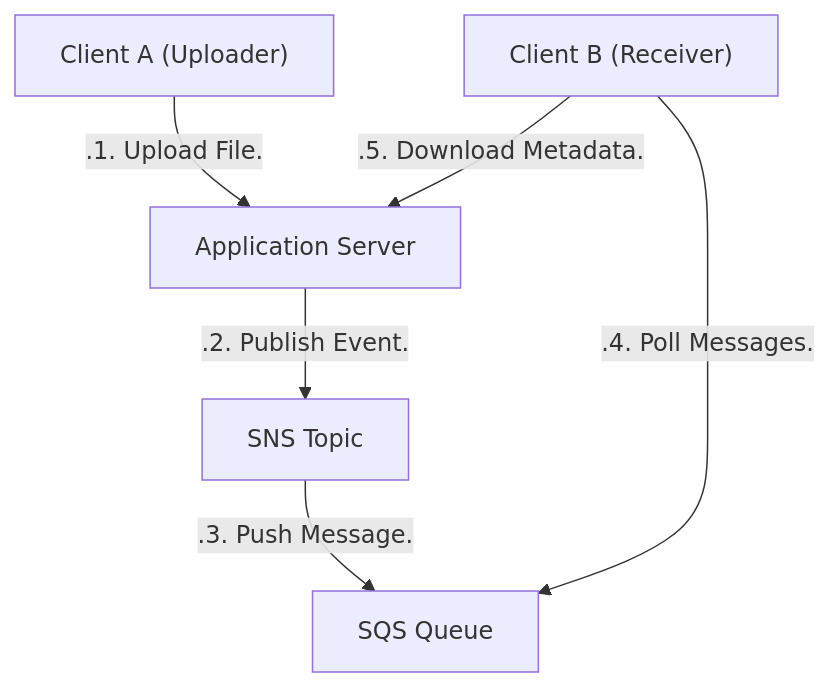
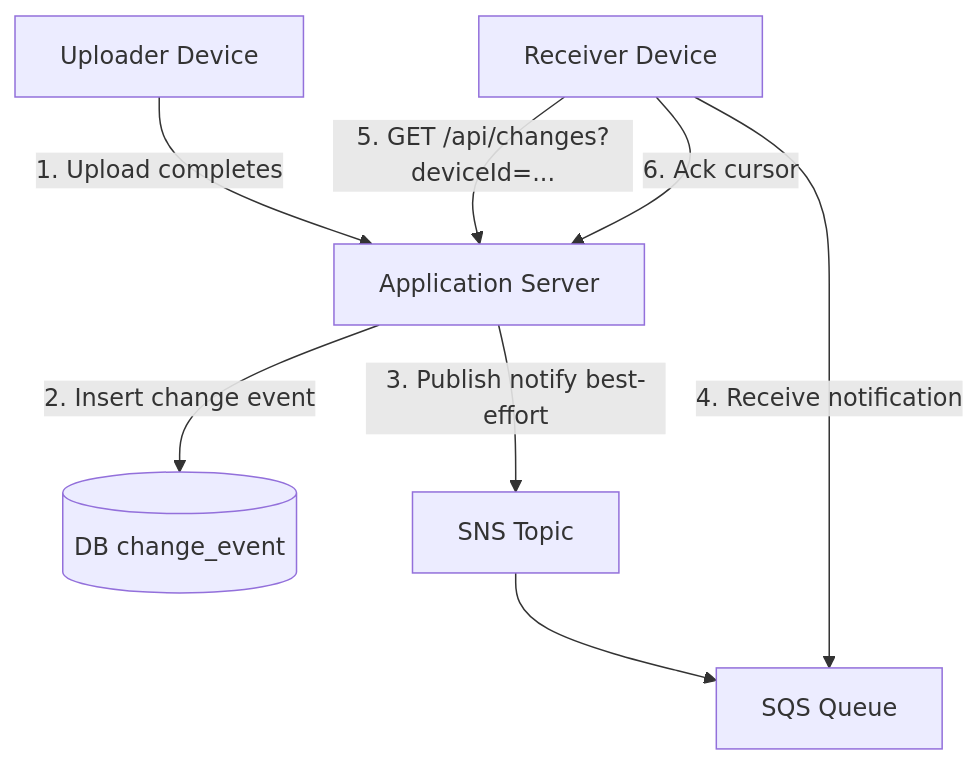
One commit to ShalomDeitch1/examples changed diagram 11 of 12 in dropbox/README.md. Above: the diagram before and after it, drawn with Mermaid. The commit also changed other lines of this file and 35 other files, not shown here.

````diff
--- a/dropbox/README.md
+++ b/dropbox/README.md
@@ -331,14 +358,17 @@
 ```mermaid
 flowchart TD
-    ClientA["Client A (Uploader)"]
-    ClientB["Client B (Receiver)"]
+    Uploader[Uploader Device]
     AppServer[Application Server]
+    DB[(DB change_event)]
     SNS[SNS Topic]
     SQS[SQS Queue]
+    Receiver[Receiver Device]
 
-    ClientA -- .1. Upload File. --> AppServer
-    AppServer -- .2. Publish Event. --> SNS
-    SNS -- .3. Push Message. --> SQS
-    ClientB -- .4. Poll Messages. --> SQS
-    ClientB -- .5. Download Metadata. --> AppServer
+    Uploader -->|1. Upload completes| AppServer
+    AppServer -->|2. Insert change event| DB
+    AppServer -->|3. Publish notify best-effort| SNS
+    SNS --> SQS
+    Receiver -->|4. Receive notification| SQS
+    Receiver -->|5. GET /api/changes?deviceId=...| AppServer
+    Receiver -->|6. Ack cursor| AppServer
 ```
````
